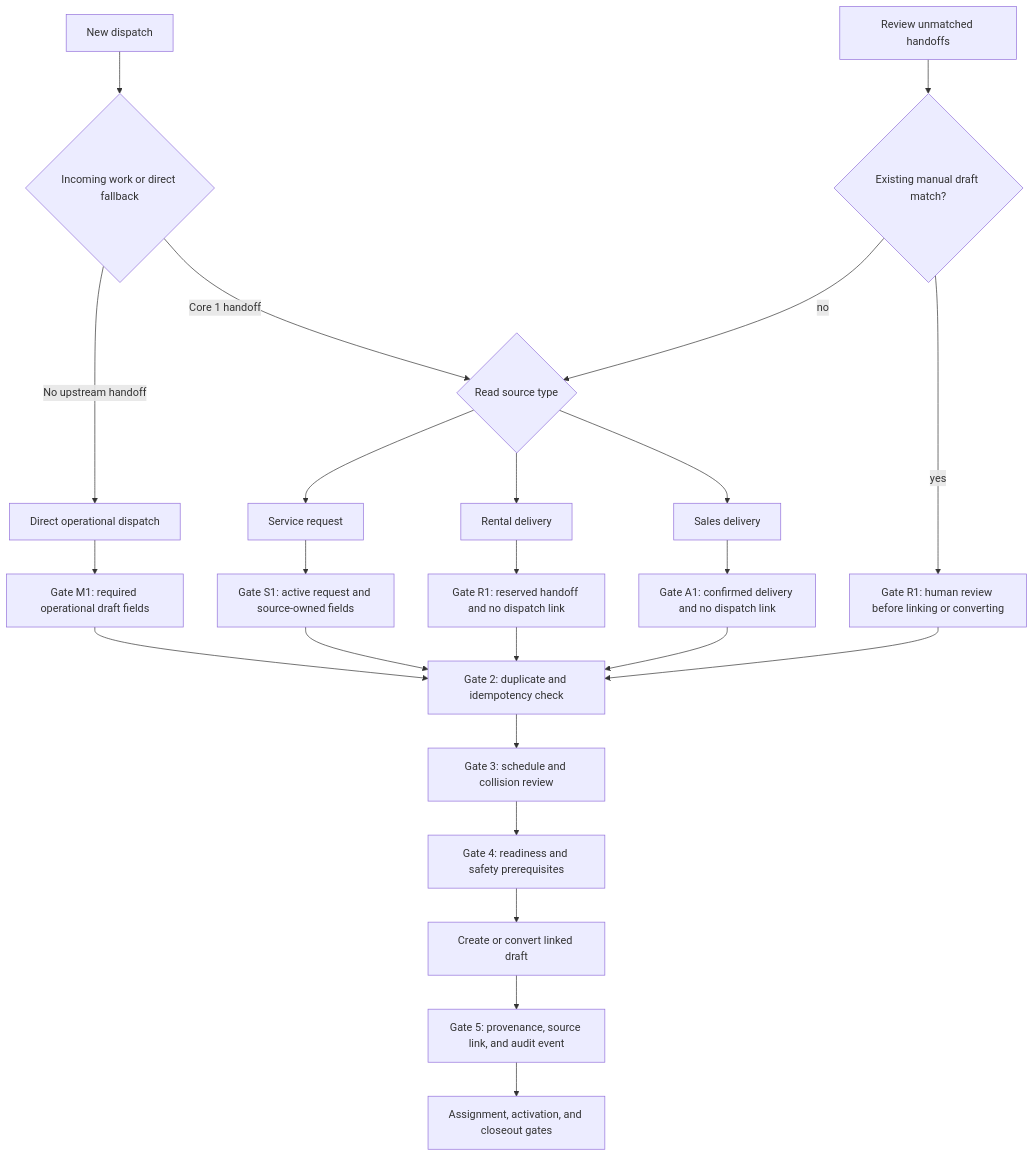
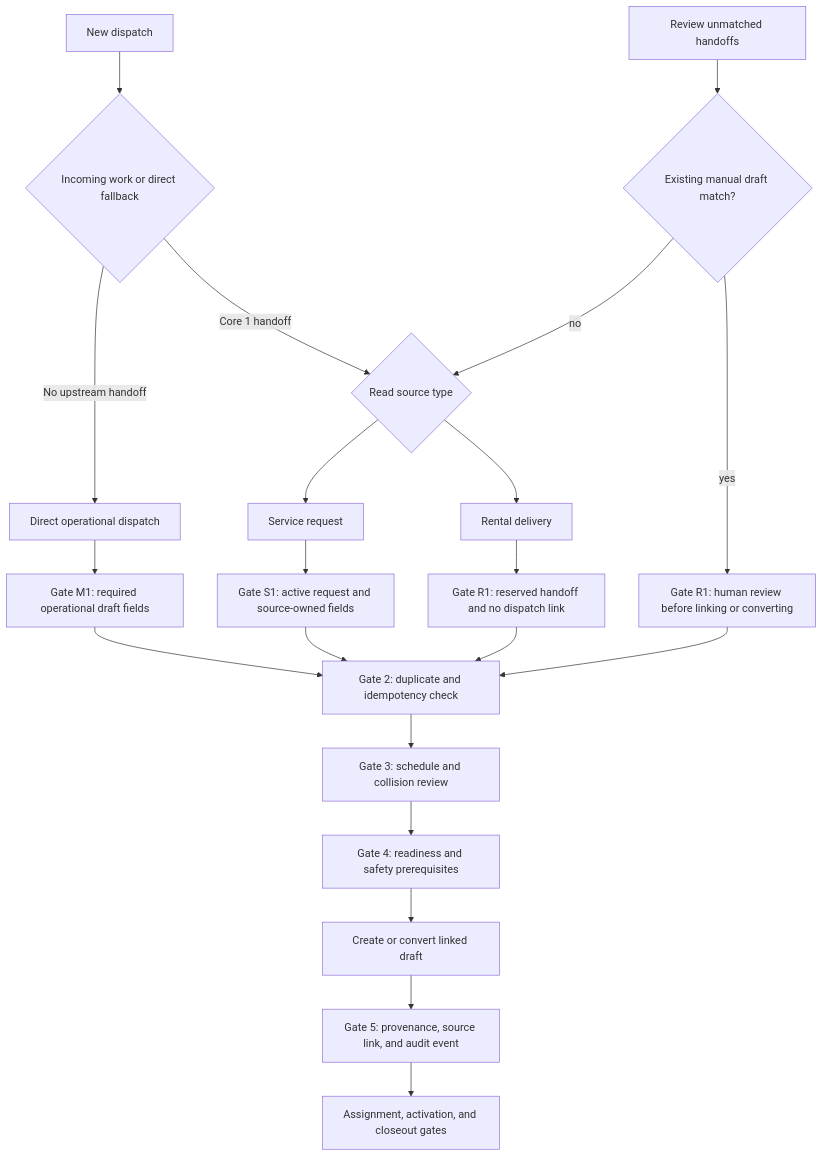
The diagram in Docs/design/Diagrams/dispatch-intake-source-graph.md (Darktodoom123/Core-2), drawn with Mermaid before and after one commit. The commit also changed other lines of this file and 277 other files, not shown here.

````diff
--- a/Docs/design/Diagrams/dispatch-intake-source-graph.md
+++ b/Docs/design/Diagrams/dispatch-intake-source-graph.md
@@ -5,31 +5,28 @@
 ```mermaid
 flowchart TD
     NEW["New dispatch"] --> INBOX{"Incoming work or direct fallback"}
     INBOX -->|Core 1 handoff| ROUTE{"Read source type"}
     INBOX -->|No upstream handoff| MANUAL["Direct operational dispatch"]
 
     ROUTE --> SERVICE["Service request"]
     ROUTE --> RENTAL["Rental delivery"]
-    ROUTE --> SALES["Sales delivery"]
 
     MANUAL --> M1["Gate M1: required operational draft fields"]
     SERVICE --> S1["Gate S1: active request and source-owned fields"]
     RENTAL --> R1["Gate R1: reserved handoff and no dispatch link"]
-    SALES --> A1["Gate A1: confirmed delivery and no dispatch link"]
 
     M1 --> G2["Gate 2: duplicate and idempotency check"]
     S1 --> G2
     R1 --> G2
-    A1 --> G2
 
     G2 --> G3["Gate 3: schedule and collision review"]
     G3 --> G4["Gate 4: readiness and safety prerequisites"]
     G4 --> DRAFT["Create or convert linked draft"]
     DRAFT --> AUDIT["Gate 5: provenance, source link, and audit event"]
     AUDIT --> NEXT["Assignment, activation, and closeout gates"]
 
     REVIEW["Review unmatched handoffs"] --> MATCH{"Existing manual draft match?"}
     MATCH -->|yes| CONFIRM["Gate R1: human review before linking or converting"]
     MATCH -->|no| ROUTE
     CONFIRM --> G2
 ```
````
